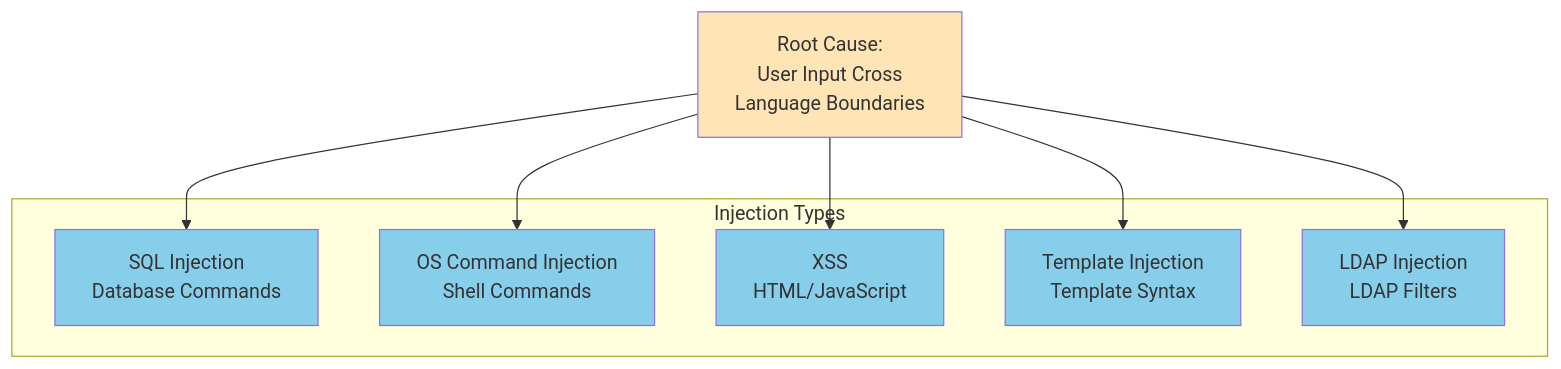
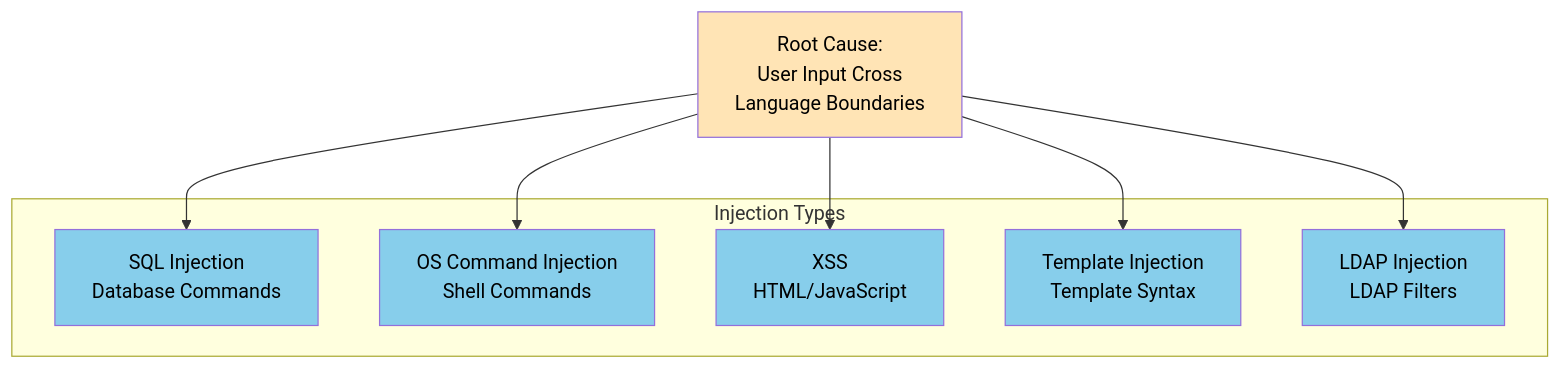
Before and after one commit to ahmed-226/Backend-from-first-principles: the fifth of 15 diagrams in 15.Backend Security/README.md, drawn with Mermaid. The commit also changed other lines of this file and 1 other file, not shown here.

````diff
--- a/15.Backend Security/README.md
+++ b/15.Backend Security/README.md
@@ -434,25 +430,25 @@
 ```mermaid
 graph TB
     subgraph "Injection Types"
         A["SQL Injection<br/>Database Commands"]
         B["OS Command Injection<br/>Shell Commands"]
         C["XSS<br/>HTML/JavaScript"]
         D["Template Injection<br/>Template Syntax"]
         E["LDAP Injection<br/>LDAP Filters"]
     end
     
     ROOT["Root Cause:<br/>User Input Cross<br/>Language Boundaries"]
     
     ROOT --> A
     ROOT --> B
     ROOT --> C
     ROOT --> D
     ROOT --> E
     
-    style ROOT fill:#FFE4B5
-    style A fill:#87CEEB
-    style B fill:#87CEEB
-    style C fill:#87CEEB
-    style D fill:#87CEEB
-    style E fill:#87CEEB
+    style ROOT fill:#FFE4B5,color:#000
+    style A fill:#87CEEB,color:#000
+    style B fill:#87CEEB,color:#000
+    style C fill:#87CEEB,color:#000
+    style D fill:#87CEEB,color:#000
+    style E fill:#87CEEB,color:#000
 ```
````
